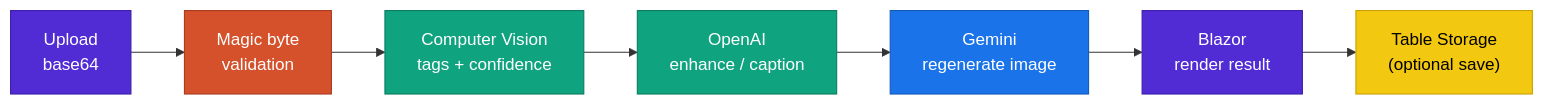
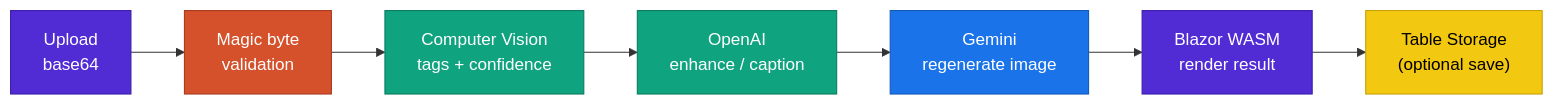
One commit to punkouter26/PoRedoImage changed the diagram in docs/DataLifecycle_MASTER_SIMPLE.mmd. Above: the diagram before and after it, drawn with Mermaid. The commit also changed 38 other files, not shown here.

```diff
--- a/docs/DataLifecycle_MASTER_SIMPLE.mmd
+++ b/docs/DataLifecycle_MASTER_SIMPLE.mmd
@@ -1,15 +1,15 @@
 flowchart LR
     Upload["Upload\nbase64"] --> Validate["Magic byte\nvalidation"]
     Validate --> CV["Computer Vision\ntags + confidence"]
     CV --> OpenAI["OpenAI\nenhance / caption"]
     OpenAI --> Gemini["Gemini\nregenerate image"]
-    Gemini --> Render["Blazor\nrender result"]
+    Gemini --> Render["Blazor WASM\nrender result"]
     Render --> Storage["Table Storage\n(optional save)"]
 
     style Upload fill:#512bd4,stroke:#3a1fa8,color:#fff
     style Validate fill:#d4512b,stroke:#a83a1f,color:#fff
     style CV fill:#10a37f,stroke:#0a7a5f,color:#fff
     style OpenAI fill:#10a37f,stroke:#0a7a5f,color:#fff
     style Gemini fill:#1a73e8,stroke:#1259b5,color:#fff
     style Render fill:#512bd4,stroke:#3a1fa8,color:#fff
     style Storage fill:#f2c811,stroke:#c9a000,color:#000
```
